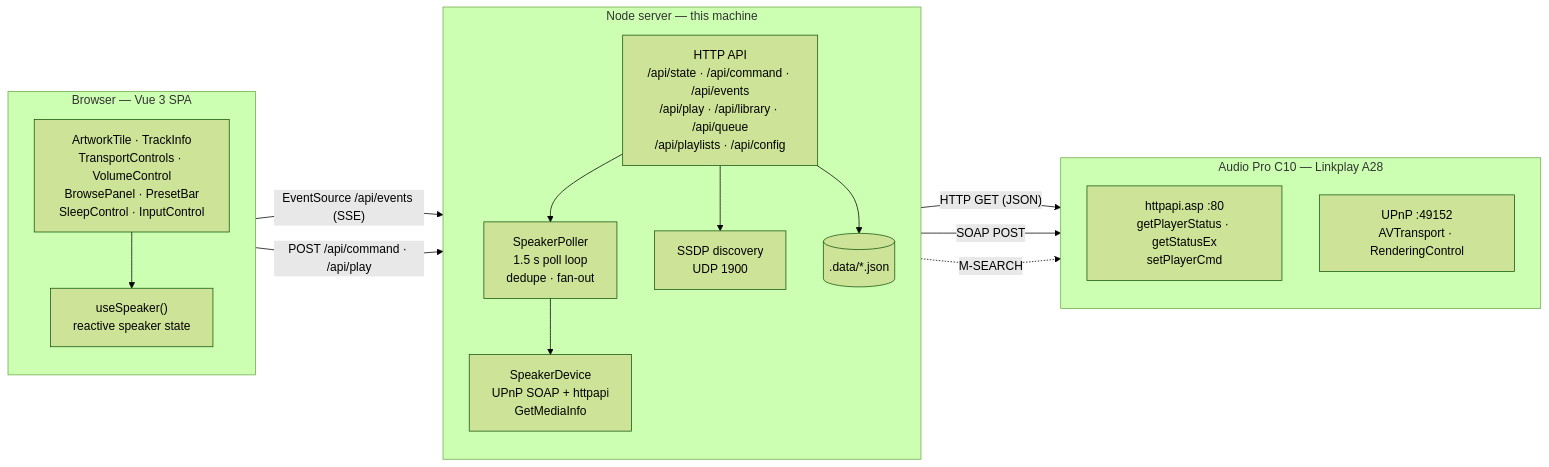
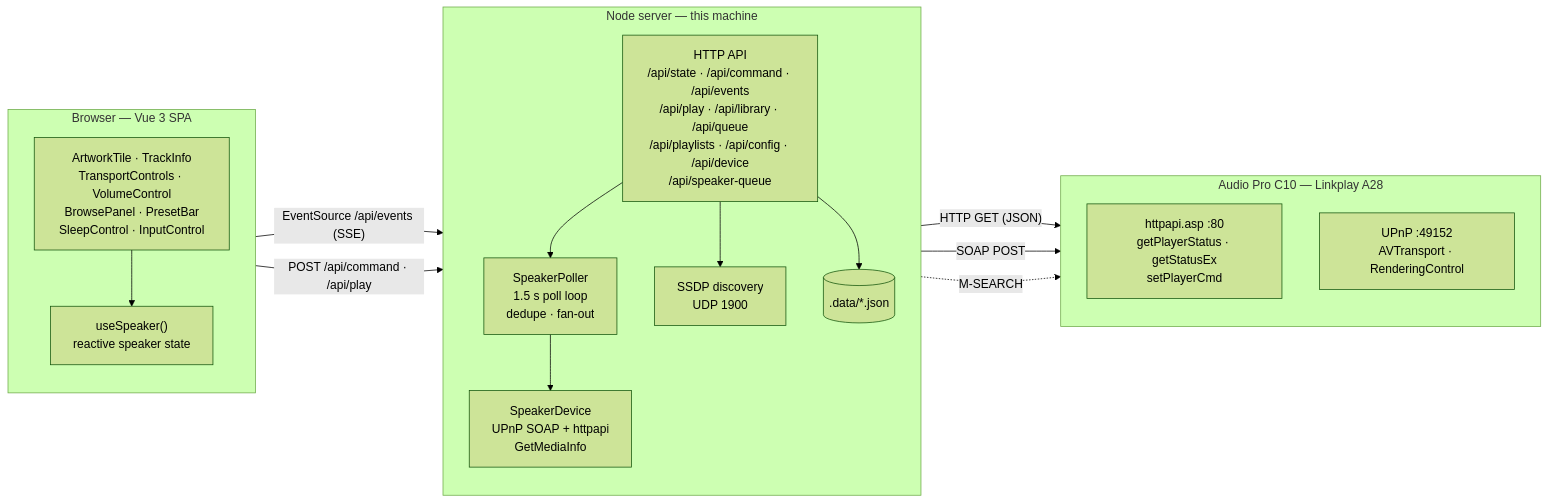
Before and after one commit to vampaz/c10-control: the first of 3 diagrams in docs/TECHNICAL.md, drawn with Mermaid (forest theme). The commit also changed other lines of this file and 1 other file, not shown here.

````diff
--- a/docs/TECHNICAL.md
+++ b/docs/TECHNICAL.md
@@ -23,34 +23,34 @@
 ```mermaid
 flowchart LR
     subgraph browser["Browser — Vue 3 SPA"]
         direction TB
         ui["ArtworkTile · TrackInfo<br/>TransportControls · VolumeControl<br/>BrowsePanel · PresetBar<br/>SleepControl · InputControl"]
         useSpeaker["useSpeaker()<br/>reactive speaker state"]
         ui --> useSpeaker
     end
 
     subgraph node["Node server — this machine"]
         direction TB
-        api["HTTP API<br/>/api/state · /api/command · /api/events<br/>/api/play · /api/library · /api/queue<br/>/api/playlists · /api/config"]
+        api["HTTP API<br/>/api/state · /api/command · /api/events<br/>/api/play · /api/library · /api/queue<br/>/api/playlists · /api/config · /api/device<br/>/api/speaker-queue"]
         poller["SpeakerPoller<br/>1.5 s poll loop<br/>dedupe · fan-out"]
         device["SpeakerDevice<br/>UPnP SOAP + httpapi<br/>GetMediaInfo"]
         discovery["SSDP discovery<br/>UDP 1900"]
         store[(".data/*.json")]
         api --> poller
         poller --> device
         api --> discovery
         api --> store
     end
 
     subgraph speaker["Audio Pro C10 — Linkplay A28"]
         direction TB
         httpapi["httpapi.asp :80<br/>getPlayerStatus · getStatusEx<br/>setPlayerCmd"]
         upnp["UPnP :49152<br/>AVTransport · RenderingControl"]
     end
 
     useSpeaker -- "EventSource /api/events (SSE)" --> api
     useSpeaker -- "POST /api/command · /api/play" --> api
     device -- "HTTP GET (JSON)" --> httpapi
     device -- "SOAP POST" --> upnp
     discovery -. "M-SEARCH" .-> upnp
 ```
````
